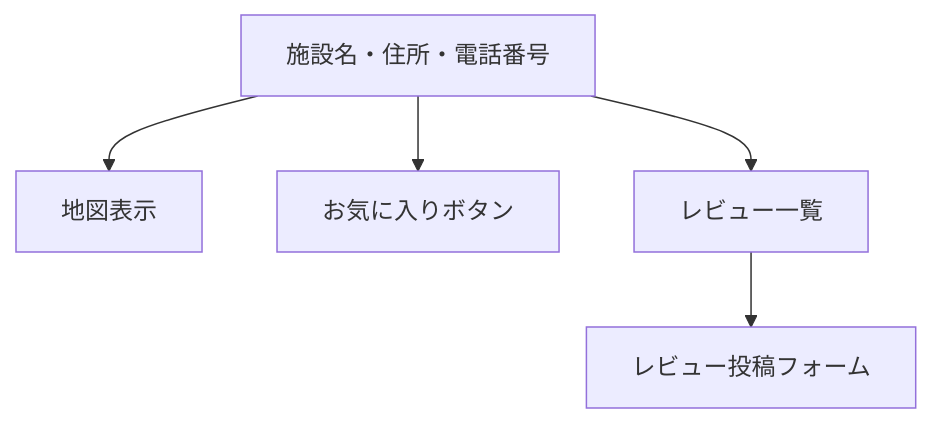
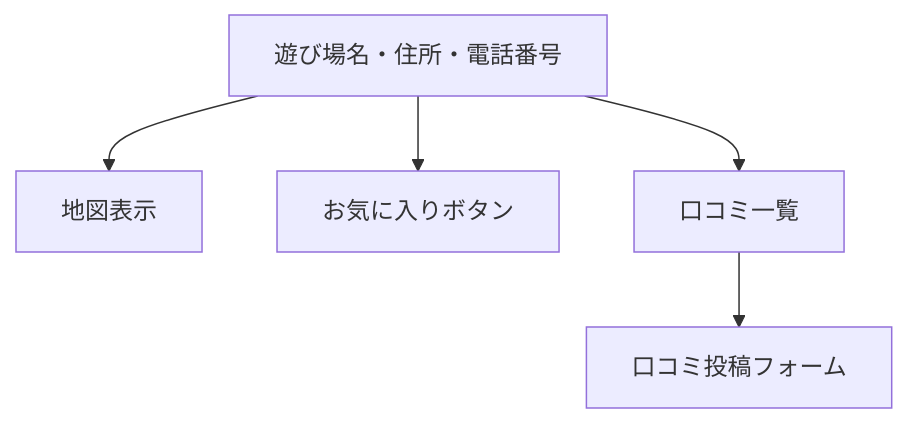
The diagram in docs/screen_design.md (jam006097/kids-playground), drawn with Mermaid before and after one commit. The commit also changed other lines of this file and 4 other files, not shown here.

````diff
--- a/docs/screen_design.md
+++ b/docs/screen_design.md
@@ -67,7 +67,7 @@
 ```mermaid
 flowchart TD
-    A[施設名・住所・電話番号] --> B[地図表示]
+    A[遊び場名・住所・電話番号] --> B[地図表示]
     A --> C[お気に入りボタン]
-    A --> D[レビュー一覧]
-    D --> E[レビュー投稿フォーム]
+    A --> D[口コミ一覧]
+    D --> E[口コミ投稿フォーム]
 ```
````
